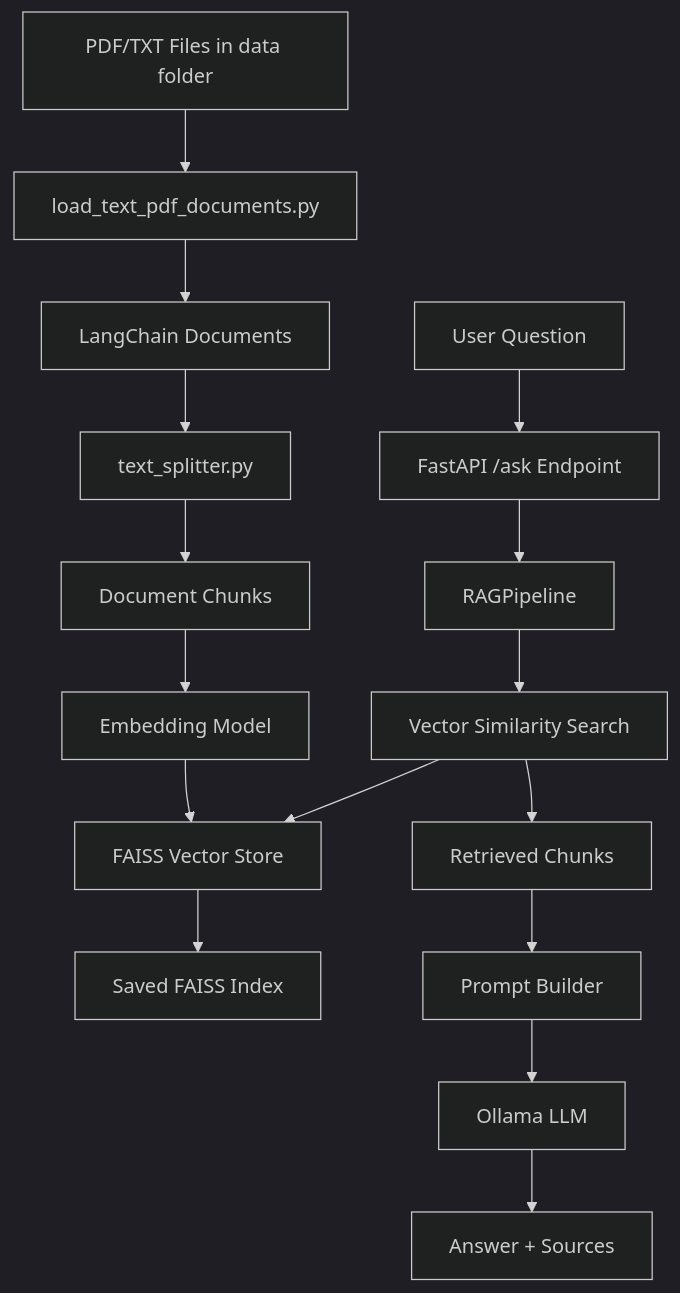
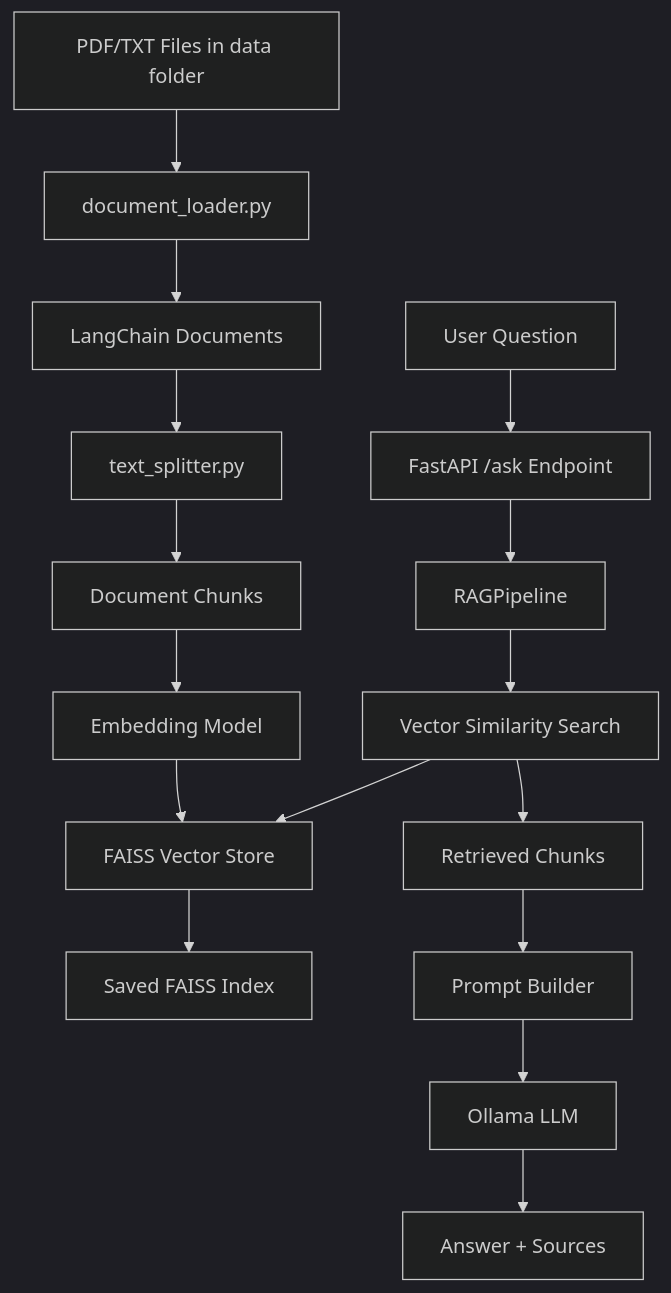
The first of 3 diagrams in README.md (Mahsarbpr/ai-rag-assistant), drawn with Mermaid (dark theme) before and after one commit. The commit also changed other lines of this file and 1 other file, not shown here.

````diff
--- a/README.md
+++ b/README.md
@@ -88,19 +115,19 @@
 ```mermaid
 flowchart TD
-    A[PDF/TXT Files in data folder] --> B[load_text_pdf_documents.py]
+    A[PDF/TXT Files in data folder] --> B[document_loader.py]
     B --> C[LangChain Documents]
     C --> D[text_splitter.py]
     D --> E[Document Chunks]
     E --> F[Embedding Model]
     F --> G[FAISS Vector Store]
     G --> H[Saved FAISS Index]
 
     I[User Question] --> J[FastAPI /ask Endpoint]
     J --> K[RAGPipeline]
     K --> L[Vector Similarity Search]
     L --> G
     L --> M[Retrieved Chunks]
     M --> N[Prompt Builder]
     N --> O[Ollama LLM]
     O --> P[Answer + Sources]
 ```
````
